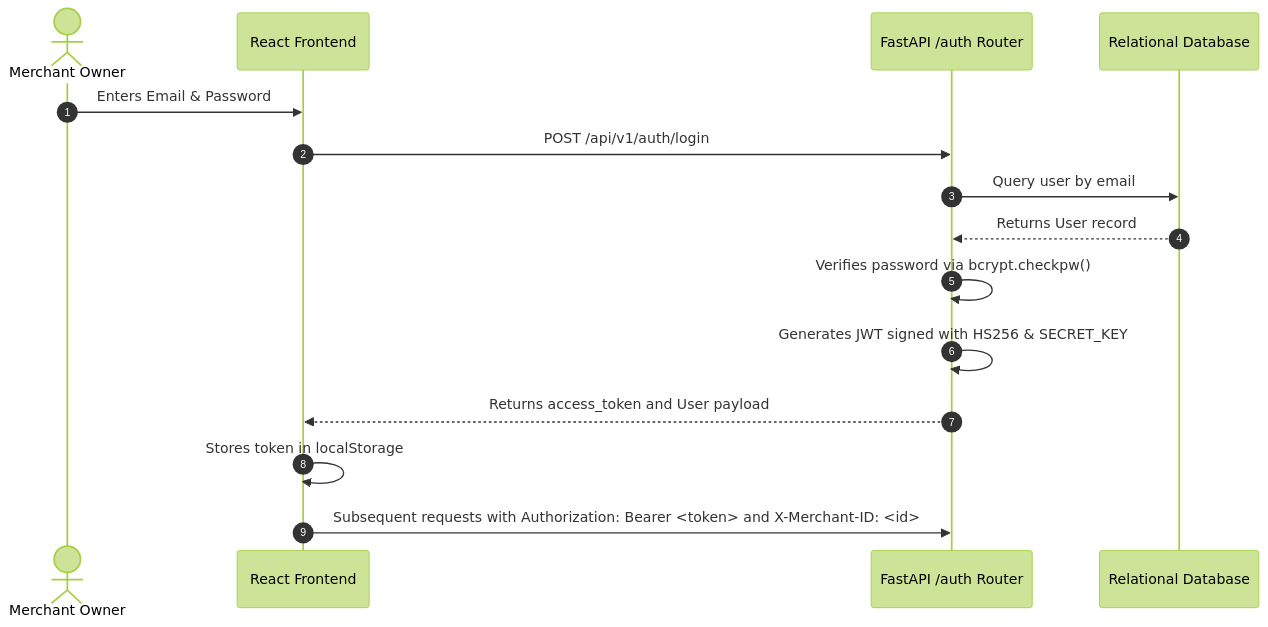
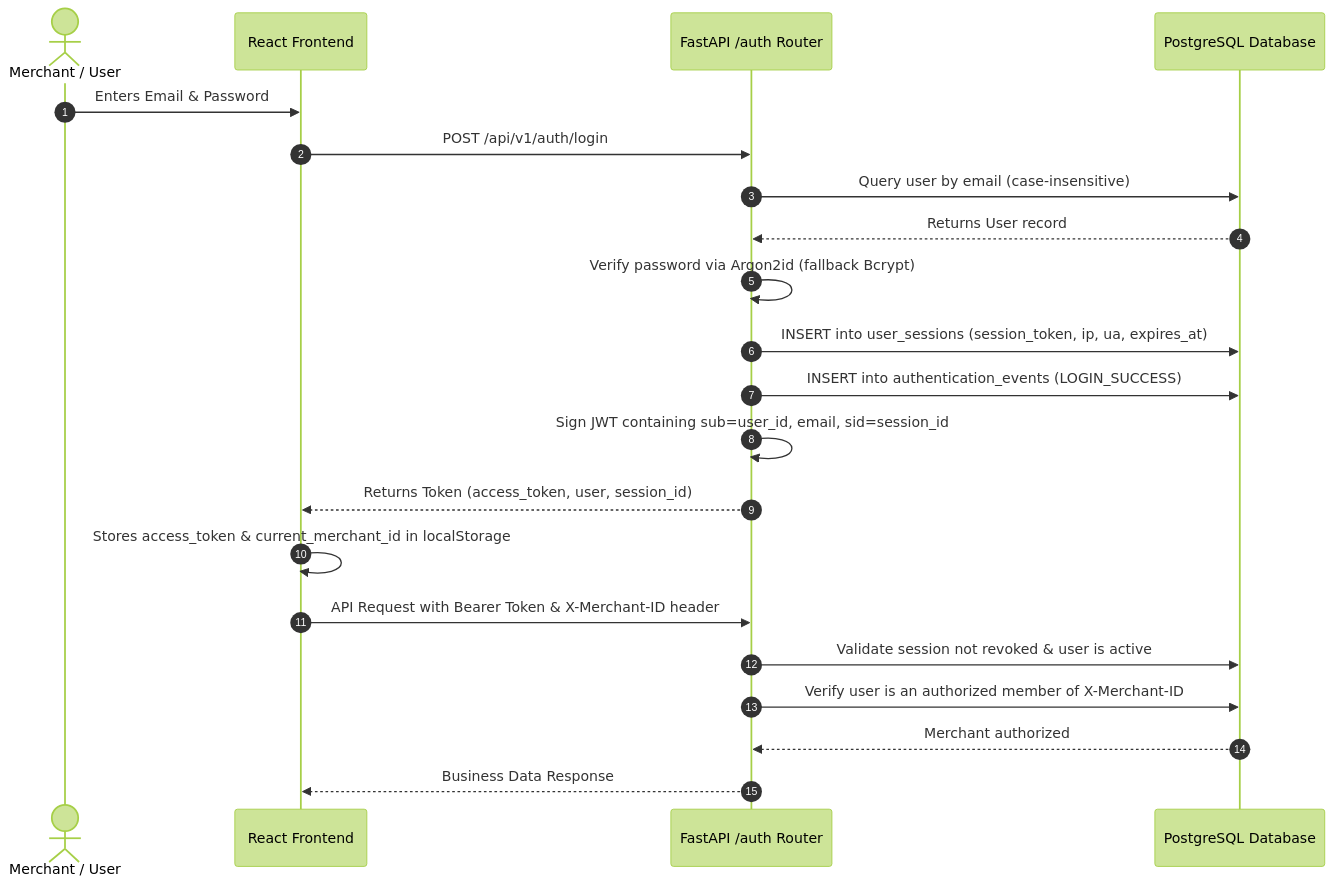
One commit to Rohitk69992/PayPal-Merchant-Growth-Engine changed the first of 2 diagrams in docs/AUTHENTICATION.md. Above: the diagram before and after it, drawn with Mermaid (forest theme). The commit also changed other lines of this file and 65 other files, not shown here.

First line of the commit message:
feat(database): complete production-grade PostgreSQL architecture, Alembic migrations, and multi-tenant persistence

````diff
--- a/docs/AUTHENTICATION.md
+++ b/docs/AUTHENTICATION.md
@@ -7,18 +11,24 @@
 ```mermaid
 sequenceDiagram
     autonumber
-    actor User as Merchant Owner
+    actor User as Merchant / User
     participant Web as React Frontend
     participant Auth as FastAPI /auth Router
-    participant DB as Relational Database
+    participant DB as PostgreSQL Database
 
     User->>Web: Enters Email & Password
     Web->>Auth: POST /api/v1/auth/login
-    Auth->>DB: Query user by email
+    Auth->>DB: Query user by email (case-insensitive)
     DB-->>Auth: Returns User record
-    Auth->>Auth: Verifies password via bcrypt.checkpw()
-    Auth->>Auth: Generates JWT signed with HS256 & SECRET_KEY
-    Auth-->>Web: Returns access_token and User payload
-    Web->>Web: Stores token in localStorage
-    Web->>Auth: Subsequent requests with Authorization: Bearer <token> and X-Merchant-ID: <id>
+    Auth->>Auth: Verify password via Argon2id (fallback Bcrypt)
+    Auth->>DB: INSERT into user_sessions (session_token, ip, ua, expires_at)
+    Auth->>DB: INSERT into authentication_events (LOGIN_SUCCESS)
+    Auth->>Auth: Sign JWT containing sub=user_id, email, sid=session_id
+    Auth-->>Web: Returns Token (access_token, user, session_id)
+    Web->>Web: Stores access_token & current_merchant_id in localStorage
+    Web->>Auth: API Request with Bearer Token & X-Merchant-ID header
+    Auth->>DB: Validate session not revoked & user is active
+    Auth->>DB: Verify user is an authorized member of X-Merchant-ID
+    DB-->>Auth: Merchant authorized
+    Auth-->>Web: Business Data Response
 ```
````
